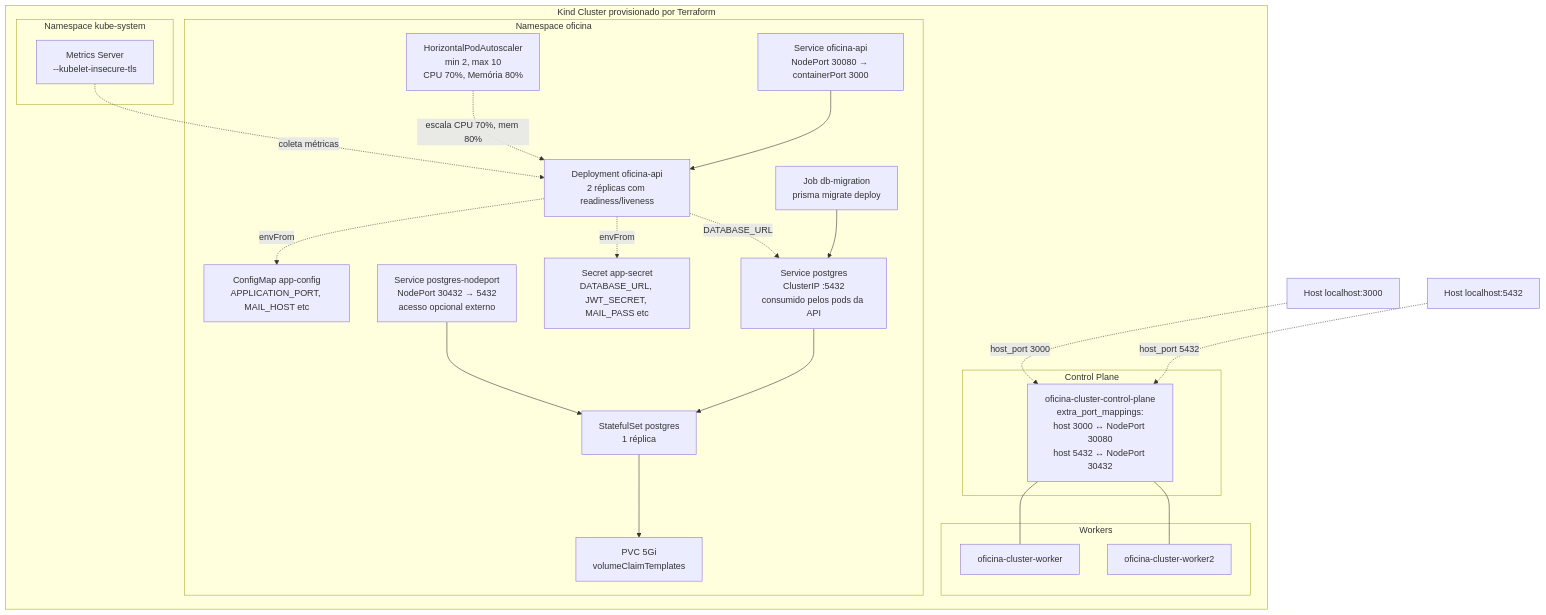
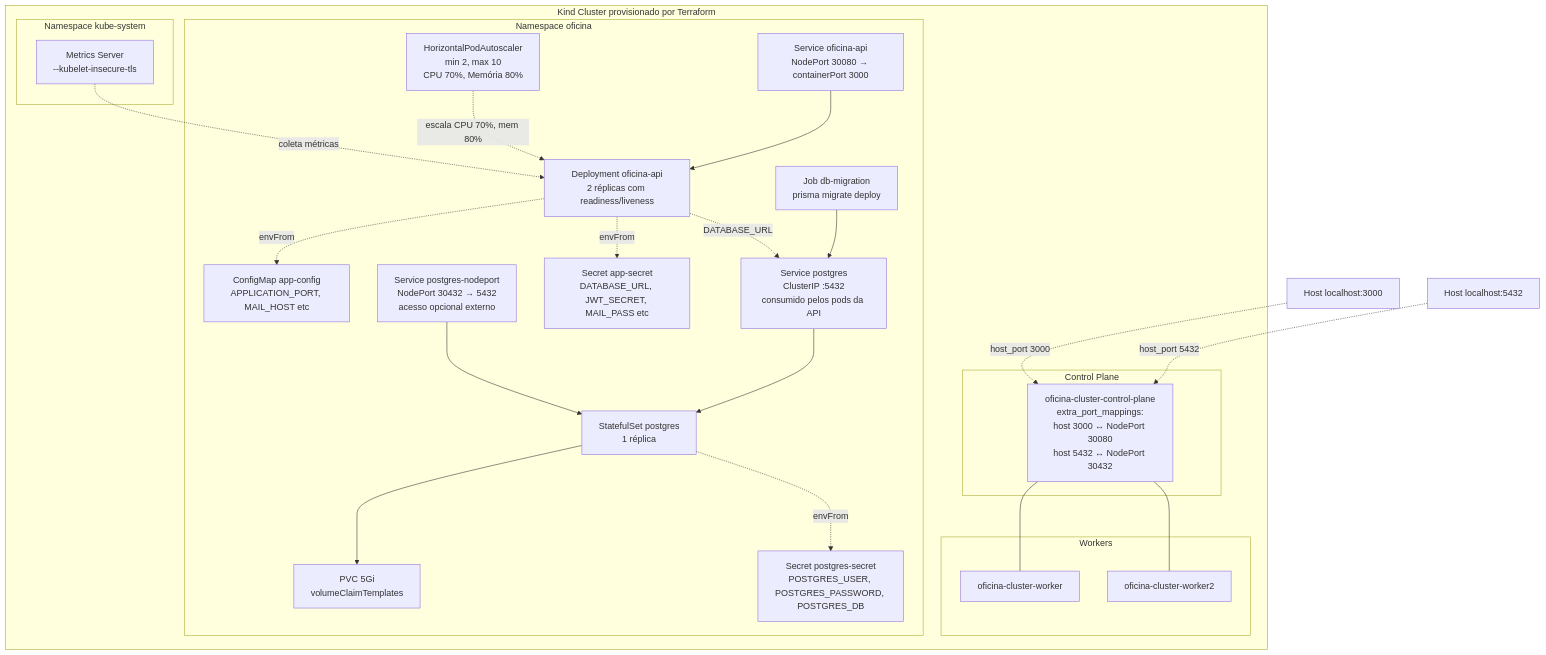
The second of 3 diagrams in README.md (LucasValada/tech-challenge-fiap), drawn with Mermaid before and after one commit. The commit also changed other lines of this file, not shown here.

First line of the commit message:
docs(readme): sincroniza texto e diagramas com o estado real do projeto

````diff
--- a/README.md
+++ b/README.md
@@ -125,49 +129,51 @@
 ```mermaid
 graph TB
     HostApp[Host localhost:3000]
     HostDb[Host localhost:5432]
 
     subgraph KindCluster[Kind Cluster provisionado por Terraform]
         subgraph ControlPlane[Control Plane]
             CP[oficina-cluster-control-plane<br/>extra_port_mappings:<br/>host 3000 ↔ NodePort 30080<br/>host 5432 ↔ NodePort 30432]
         end
 
         subgraph Workers[Workers]
             W1[oficina-cluster-worker]
             W2[oficina-cluster-worker2]
         end
 
         subgraph NamespaceOficina[Namespace oficina]
             HPA[HorizontalPodAutoscaler<br/>min 2, max 10<br/>CPU 70%, Memória 80%]
             Deploy[Deployment oficina-api<br/>2 réplicas com readiness/liveness]
             SvcApi[Service oficina-api<br/>NodePort 30080 → containerPort 3000]
             SS[StatefulSet postgres<br/>1 réplica]
             PVC[PVC 5Gi<br/>volumeClaimTemplates]
+            PgSec[Secret postgres-secret<br/>POSTGRES_USER, POSTGRES_PASSWORD, POSTGRES_DB]
             SvcPgCluster[Service postgres<br/>ClusterIP :5432<br/>consumido pelos pods da API]
             SvcPgNode[Service postgres-nodeport<br/>NodePort 30432 → 5432<br/>acesso opcional externo]
             CM[ConfigMap app-config<br/>APPLICATION_PORT, MAIL_HOST etc]
             Sec[Secret app-secret<br/>DATABASE_URL, JWT_SECRET, MAIL_PASS etc]
             Job[Job db-migration<br/>prisma migrate deploy]
         end
 
         subgraph KubeSystem[Namespace kube-system]
             MS[Metrics Server<br/>--kubelet-insecure-tls]
         end
 
         HPA -.->|escala CPU 70%, mem 80%| Deploy
         SvcApi --> Deploy
         SS --> PVC
+        SS -.->|envFrom| PgSec
         SvcPgCluster --> SS
         SvcPgNode --> SS
         Deploy -.->|envFrom| CM
         Deploy -.->|envFrom| Sec
         Deploy -.->|DATABASE_URL| SvcPgCluster
         Job --> SvcPgCluster
         MS -.->|coleta métricas| Deploy
     end
 
     HostApp -.->|host_port 3000| CP
     HostDb -.->|host_port 5432| CP
     CP --- W1
     CP --- W2
 ```
````
